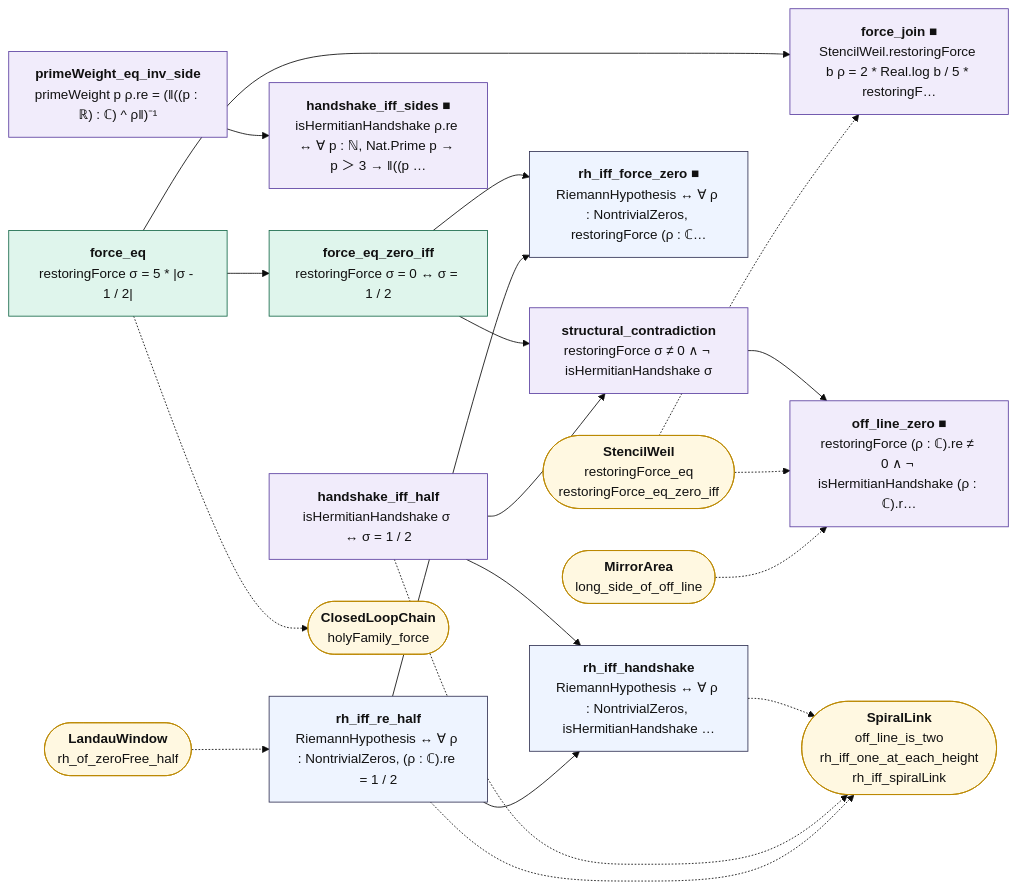
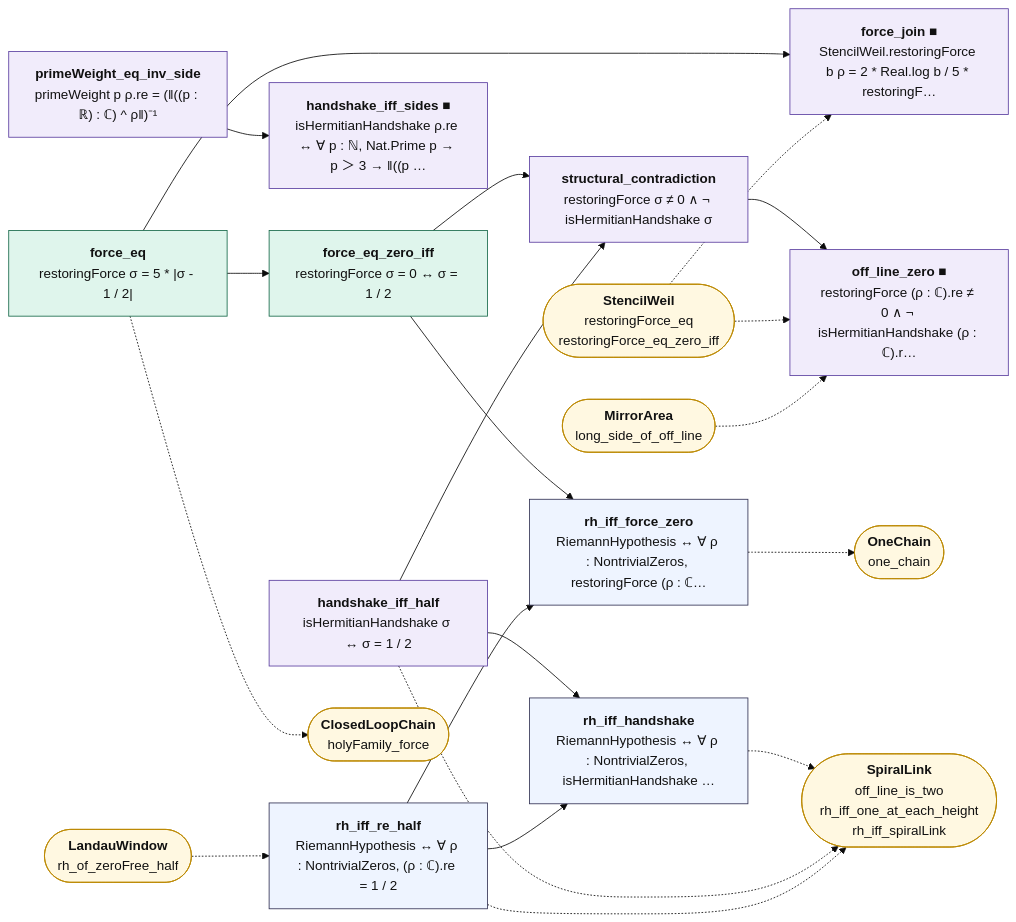
One commit to juliansambranojr/Primebeat_081426 changed the diagram in map/lean_stage3/ClosedLoopJoin.md. Above: the diagram before and after it, drawn with Mermaid (base theme). The commit also changed other lines of this file and 62 other files, not shown here.

First line of the commit message:
Block J4: one chain, the closed loop tied to the tree's main theorems (unit 0479)

````diff
--- a/map/lean_stage3/ClosedLoopJoin.md
+++ b/map/lean_stage3/ClosedLoopJoin.md
@@ -14,45 +14,47 @@
 ```mermaid
 flowchart LR
   n0["<b>force_eq</b><br/>restoringForce σ = 5 * |σ - 1 / 2|"]:::cnt
   n1["<b>force_join ■</b><br/>StencilWeil.restoringForce b ρ = 2 * Real.log b / 5 * restoringF…"]:::shp
   n2["<b>force_eq_zero_iff</b><br/>restoringForce σ = 0 ↔ σ = 1 / 2"]:::cnt
   n3["<b>primeWeight_eq_inv_side</b><br/>primeWeight p ρ.re = (‖((p : ℝ) : ℂ) ^ ρ‖)⁻¹"]:::shp
   n4["<b>handshake_iff_sides ■</b><br/>isHermitianHandshake ρ.re ↔ ∀ p : ℕ, Nat.Prime p → p ＞ 3 → ‖((p …"]:::shp
   n5["<b>handshake_iff_half</b><br/>isHermitianHandshake σ ↔ σ = 1 / 2"]:::shp
   n6["<b>structural_contradiction</b><br/>restoringForce σ ≠ 0 ∧ ¬ isHermitianHandshake σ"]:::shp
   n7["<b>off_line_zero ■</b><br/>restoringForce (ρ : ℂ).re ≠ 0 ∧ ¬ isHermitianHandshake (ρ : ℂ).r…"]:::shp
   n8["<b>rh_iff_re_half</b><br/>RiemannHypothesis ↔ ∀ ρ : NontrivialZeros, (ρ : ℂ).re = 1 / 2"]:::thm
-  n9["<b>rh_iff_force_zero ■</b><br/>RiemannHypothesis ↔ ∀ ρ : NontrivialZeros, restoringForce (ρ : ℂ…"]:::thm
+  n9["<b>rh_iff_force_zero</b><br/>RiemannHypothesis ↔ ∀ ρ : NontrivialZeros, restoringForce (ρ : ℂ…"]:::thm
   n10["<b>rh_iff_handshake</b><br/>RiemannHypothesis ↔ ∀ ρ : NontrivialZeros, isHermitianHandshake …"]:::thm
   x0(["<b>ClosedLoopChain</b><br/>holyFamily_force"]):::ext
   x1(["<b>StencilWeil</b><br/>restoringForce_eq<br/>restoringForce_eq_zero_iff"]):::ext
   x2(["<b>SpiralLink</b><br/>off_line_is_two<br/>rh_iff_one_at_each_height<br/>rh_iff_spiralLink"]):::ext
   x3(["<b>MirrorArea</b><br/>long_side_of_off_line"]):::ext
   x4(["<b>LandauWindow</b><br/>rh_of_zeroFree_half"]):::ext
+  x5(["<b>OneChain</b><br/>one_chain"]):::ext
   n0 --> n1
   n0 --> n2
   n2 --> n6
   n2 --> n9
   n3 --> n4
   n5 --> n10
   n5 --> n6
   n6 --> n7
   n8 --> n10
   n8 --> n9
   n0 -.-> x0
   n10 -.-> x2
   n5 -.-> x2
   n8 -.-> x2
+  n9 -.-> x5
   x1 -.-> n1
   x1 -.-> n7
   x3 -.-> n7
   x4 -.-> n8
   classDef cnt fill:#dff5ec,stroke:#17694a,color:#111
   classDef shp fill:#f1ecfb,stroke:#5b3fa0,color:#111
   classDef rh fill:#ffe5e5,stroke:#c22,color:#111,stroke-width:2px
   classDef thm fill:#eef4ff,stroke:#335,color:#111
   classDef end_ fill:#e7f7e7,stroke:#2a7,color:#111,stroke-width:2px
   classDef lone fill:#fff,stroke:#999,color:#111,stroke-dasharray:4 3
   classDef bad fill:#ffe5e5,stroke:#c22,color:#111,stroke-width:2px
   classDef ext fill:#fff8e1,stroke:#b80,color:#111
 ```
````
